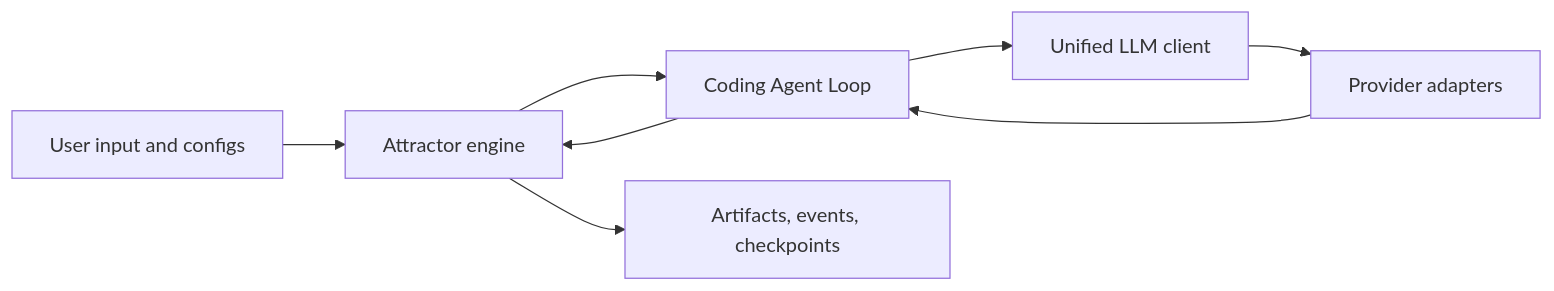
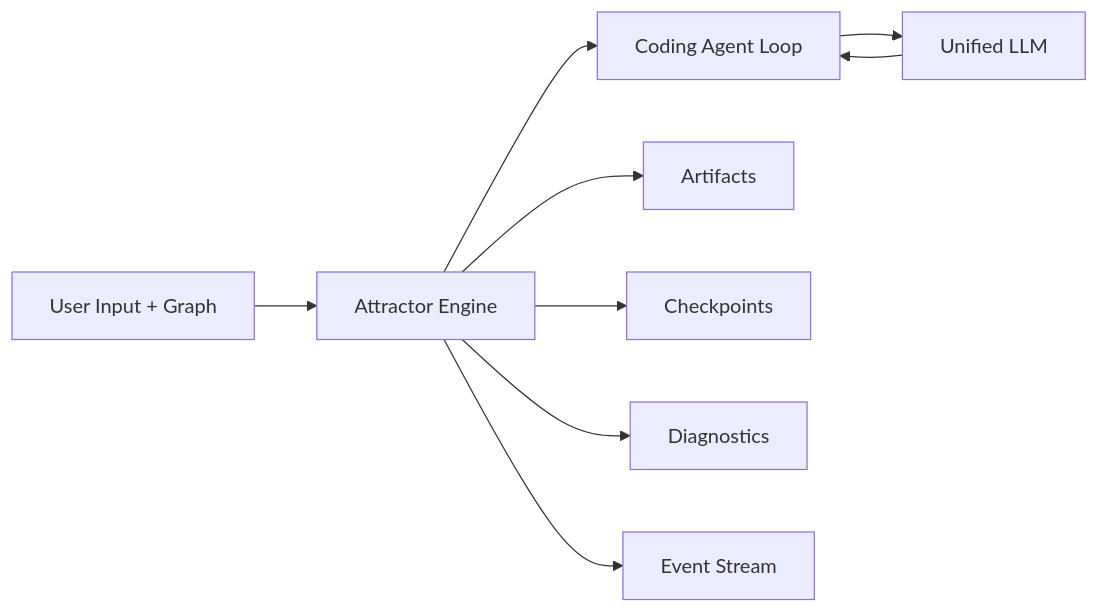
The fourth of 5 diagrams in docs/sprints/SPRINT-003-implementation-plan.md (jaytaylor/attractor-tcl), drawn with Mermaid before and after one commit. The commit also changed other lines of this file, not shown here.

Commit message:
docs: sync sprint 003 implementation plan to verified completion

````diff
--- a/docs/sprints/SPRINT-003-implementation-plan.md
+++ b/docs/sprints/SPRINT-003-implementation-plan.md
@@ -870,11 +1709,11 @@
 ```mermaid
-%% Source: .scratch/diagrams/sprint-003-implementation-plan/dataflow.mmd
 flowchart LR
-  U[User input and configs] --> ATR[Attractor engine]
+  U[User Input + Graph] --> ATR[Attractor Engine]
   ATR --> CAL[Coding Agent Loop]
-  CAL --> ULLM[Unified LLM client]
-  ULLM --> ADP[Provider adapters]
-  ADP --> CAL
-  CAL --> ATR
-  ATR --> OUT[Artifacts, events, checkpoints]
+  CAL --> ULLM[Unified LLM]
+  ULLM --> CAL
+  ATR --> ARTS[Artifacts]
+  ATR --> CKPT[Checkpoints]
+  ATR --> DIAG[Diagnostics]
+  ATR --> EVT[Event Stream]
 ```
````
